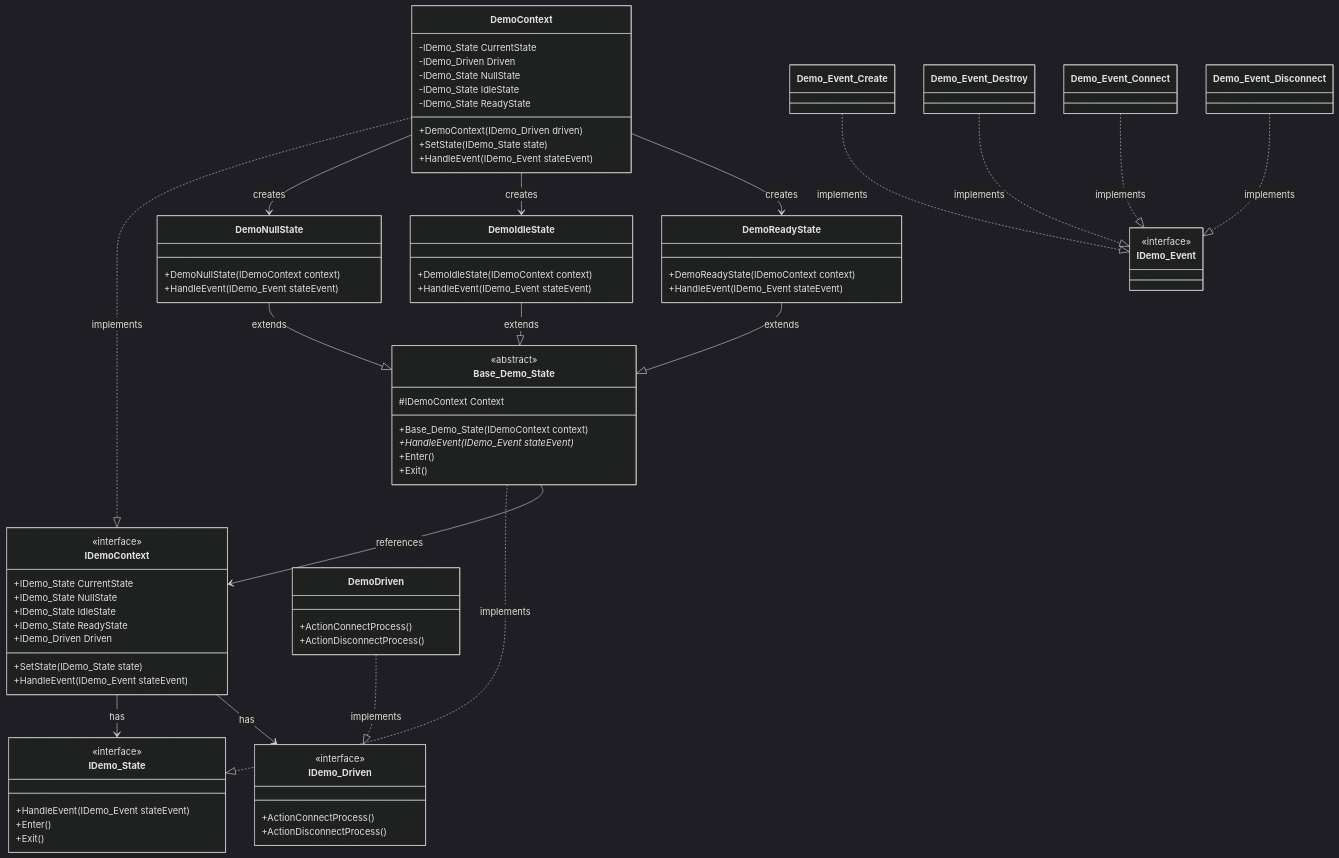
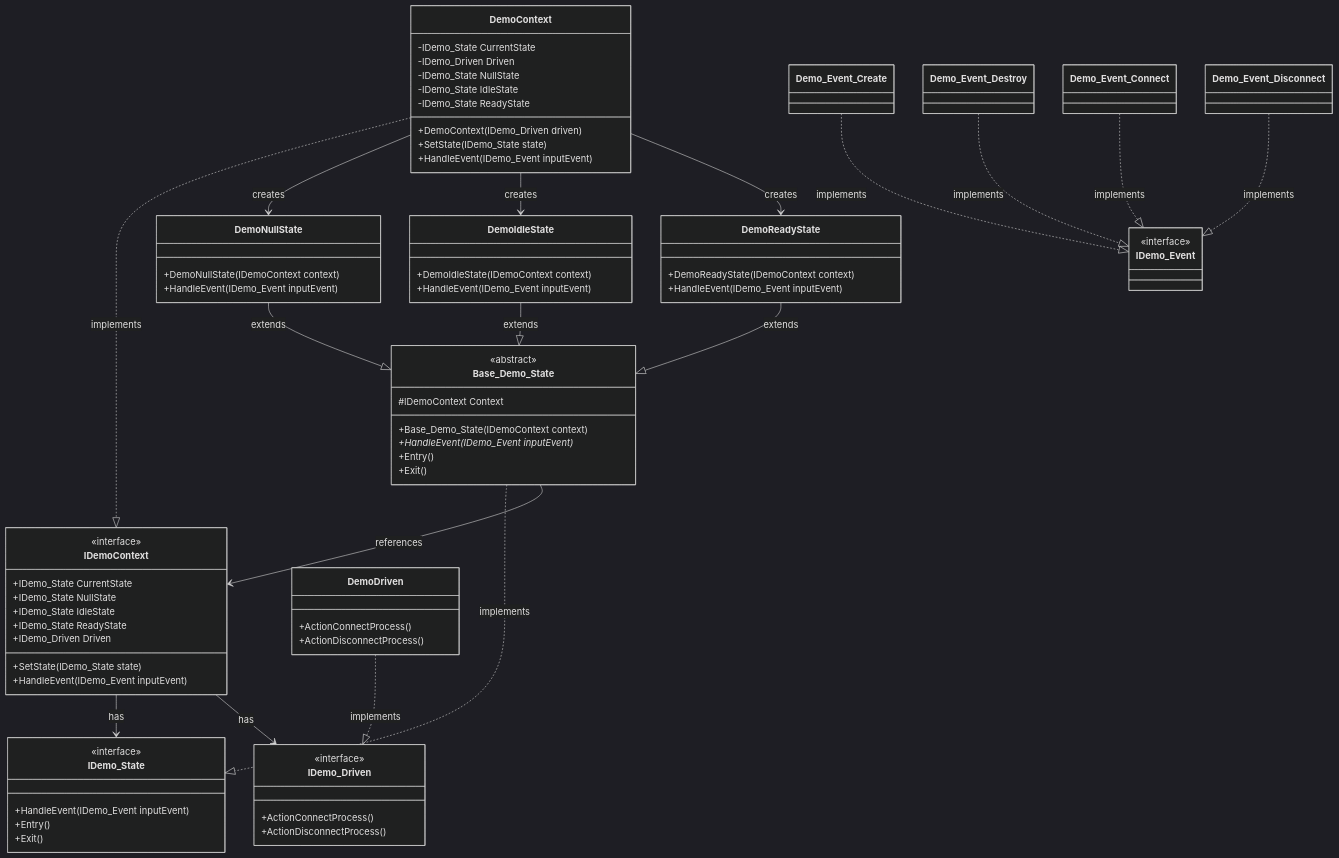
The diagram in docs/classDiagram.md (S1521121119/StatePatternDemo), drawn with Mermaid (dark theme) before and after one commit. The commit also changed 9 other files, not shown here.

```diff
--- a/docs/classDiagram.md
+++ b/docs/classDiagram.md
@@ -8,7 +8,7 @@
         +IDemo_State ReadyState
         +IDemo_Driven Driven
         +SetState(IDemo_State state)
-        +HandleEvent(IDemo_Event stateEvent)
+        +HandleEvent(IDemo_Event inputEvent)
     }
 
     class DemoContext {
@@ -19,13 +19,13 @@
         -IDemo_State ReadyState
         +DemoContext(IDemo_Driven driven)
         +SetState(IDemo_State state)
-        +HandleEvent(IDemo_Event stateEvent)
+        +HandleEvent(IDemo_Event inputEvent)
     }
 
     class IDemo_State {
         <<interface>>
-        +HandleEvent(IDemo_Event stateEvent)
-        +Enter()
+        +HandleEvent(IDemo_Event inputEvent)
+        +Entry()
         +Exit()
     }
 
@@ -33,24 +33,24 @@
         <<abstract>>
         #IDemoContext Context
         +Base_Demo_State(IDemoContext context)
-        +HandleEvent(IDemo_Event stateEvent)*
-        +Enter()
+        +HandleEvent(IDemo_Event inputEvent)*
+        +Entry()
         +Exit()
     }
 
     class DemoNullState {
         +DemoNullState(IDemoContext context)
-        +HandleEvent(IDemo_Event stateEvent)
+        +HandleEvent(IDemo_Event inputEvent)
     }
 
     class DemoIdleState {
         +DemoIdleState(IDemoContext context)
-        +HandleEvent(IDemo_Event stateEvent)
+        +HandleEvent(IDemo_Event inputEvent)
     }
 
     class DemoReadyState {
         +DemoReadyState(IDemoContext context)
-        +HandleEvent(IDemo_Event stateEvent)
+        +HandleEvent(IDemo_Event inputEvent)
     }
 
     class IDemo_Driven {
```
